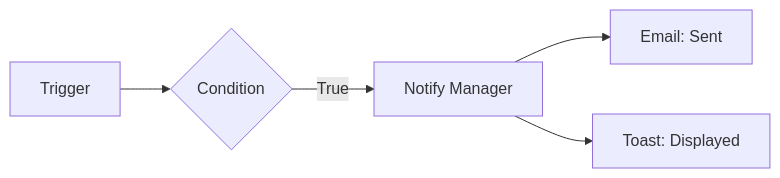
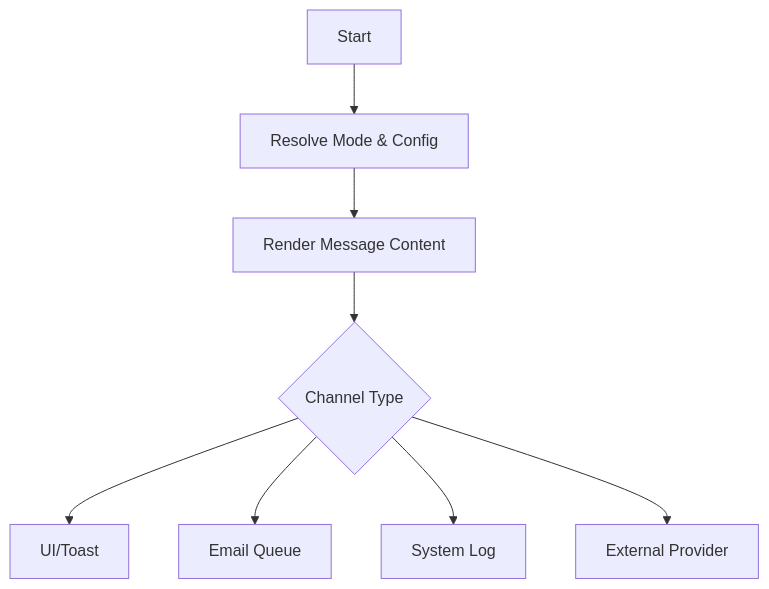
Before and after one commit to Sendipad/flexirule-docs: the diagram in content/en/docs/actions/notify/index.md, drawn with Mermaid. The commit also changed other lines of this file and 2 other files, not shown here.

First line of the commit message:
docs: document Notify action across 3-layer architecture

````diff
--- a/content/en/docs/actions/notify/index.md
+++ b/content/en/docs/actions/notify/index.md
@@ -49,7 +61,10 @@
 ```mermaid
-graph LR
-    A[Trigger] --> B{Condition}
-    B -- True --> C[Notify Manager]
-    C --> D[Email: Sent]
-    C --> E[Toast: Displayed]
+graph TD
+    A[Start] --> B[Resolve Mode & Config]
+    B --> C[Render Message Content]
+    C --> D{Channel Type}
+    D --> E[UI/Toast]
+    D --> F[Email Queue]
+    D --> G[System Log]
+    D --> H[External Provider]
 ```
````
